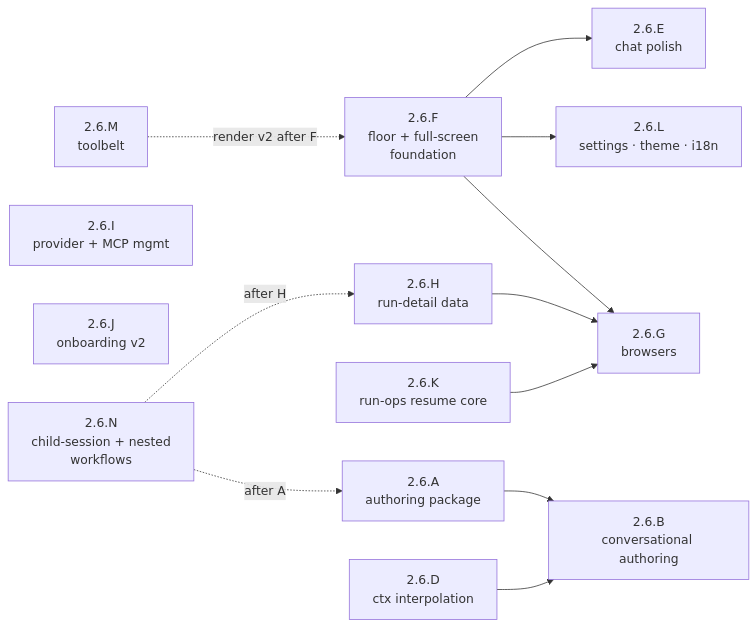
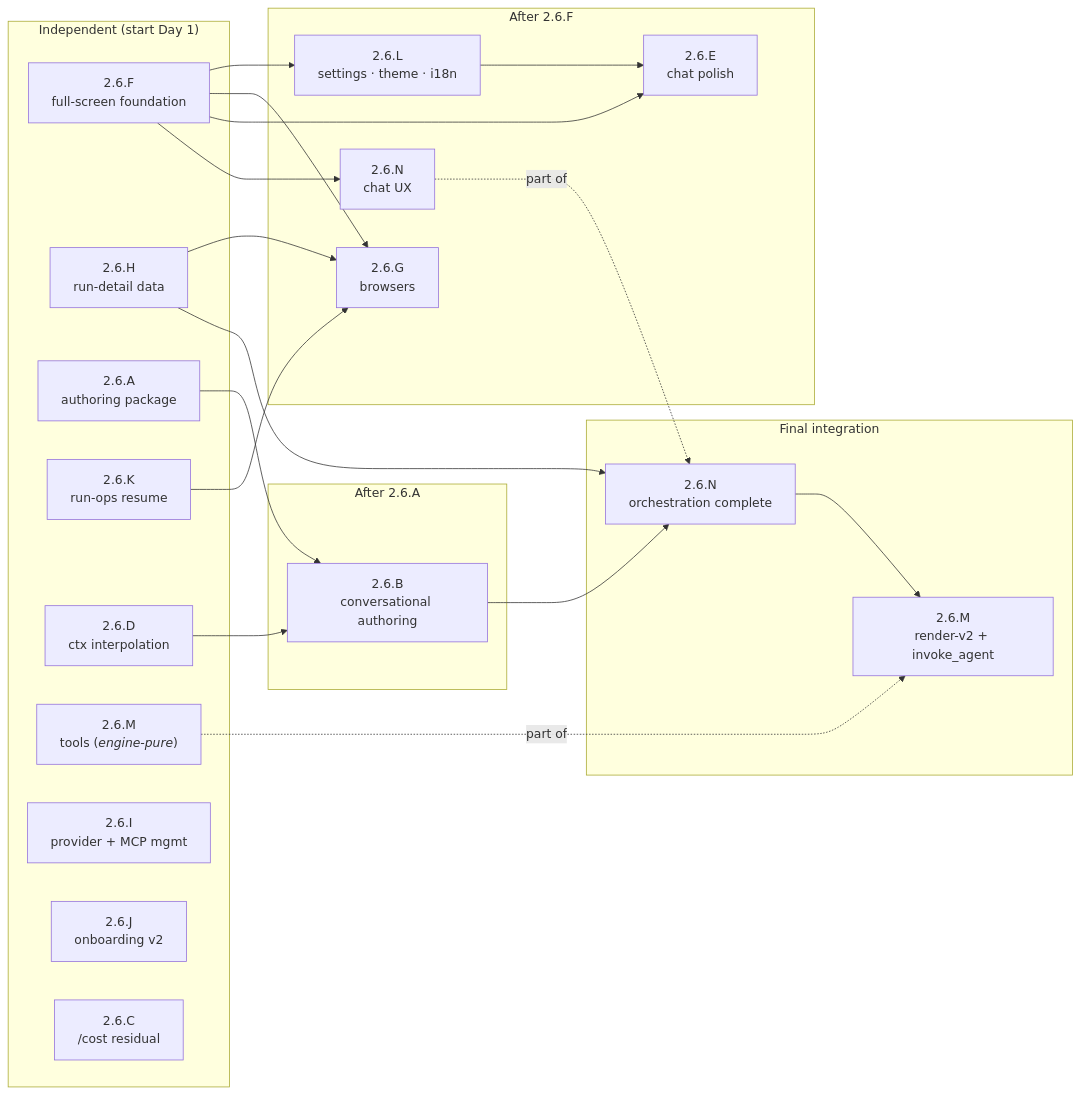
One commit to HodeTech/Relavium changed the diagram in docs/roadmap/phases/phase-2.6-conversational-authoring.md. Above: the diagram before and after it, drawn with Mermaid. The commit also changed other lines of this file and 1 other file, not shown here.

Commit message:
docs(roadmap): add dependency matrix and critical path for Phase 2.6 workstreams

````diff
--- a/docs/roadmap/phases/phase-2.6-conversational-authoring.md
+++ b/docs/roadmap/phases/phase-2.6-conversational-authoring.md
@@ -896,15 +965,45 @@
 ```mermaid
 flowchart LR
-    F["2.6.F<br/>floor + full-screen<br/>foundation"] --> G["2.6.G<br/>browsers"]
-    F --> L["2.6.L<br/>settings · theme · i18n"]
-    F --> E["2.6.E<br/>chat polish"]
-    H["2.6.H<br/>run-detail data"] --> G
-    K["2.6.K<br/>run-ops resume core"] --> G
-    A["2.6.A<br/>authoring package"] --> B["2.6.B<br/>conversational authoring"]
-    D["2.6.D<br/>ctx interpolation"] --> B
-    M["2.6.M<br/>toolbelt"] -. render v2 after F .-> F
-    I["2.6.I<br/>provider + MCP mgmt"]
-    J["2.6.J<br/>onboarding v2"]
-    N["2.6.N<br/>child-session + nested<br/>workflows"] -. after A .-> A
-    N -. after H .-> H
+    subgraph Day1["Independent (start Day 1)"]
+        F["2.6.F<br/>full-screen foundation"]
+        H["2.6.H<br/>run-detail data"]
+        A["2.6.A<br/>authoring package"]
+        K["2.6.K<br/>run-ops resume"]
+        D["2.6.D<br/>ctx interpolation"]
+        M_t["2.6.M<br/>tools (<i>engine-pure</i>)"]
+        I["2.6.I<br/>provider + MCP mgmt"]
+        J["2.6.J<br/>onboarding v2"]
+        C["2.6.C<br/>/cost residual"]
+    end
+
+    subgraph AfterF["After 2.6.F"]
+        L["2.6.L<br/>settings · theme · i18n"]
+        G["2.6.G<br/>browsers"]
+        E["2.6.E<br/>chat polish"]
+        N_ux["2.6.N<br/>chat UX"]
+    end
+
+    subgraph AfterA["After 2.6.A"]
+        B["2.6.B<br/>conversational authoring"]
+    end
+
+    subgraph Final["Final integration"]
+        N["2.6.N<br/>orchestration complete"]
+        M_r["2.6.M<br/>render-v2 + invoke_agent"]
+    end
+
+    F --> L
+    F --> G
+    F --> E
+    F --> N_ux
+    H --> G
+    K --> G
+    A --> B
+    D --> B
+    B --> N
+    H --> N
+    L --> E
+    N --> M_r
+    N_ux -. part of .-> N
+    M_t -. part of .-> M_r
 ```
````
